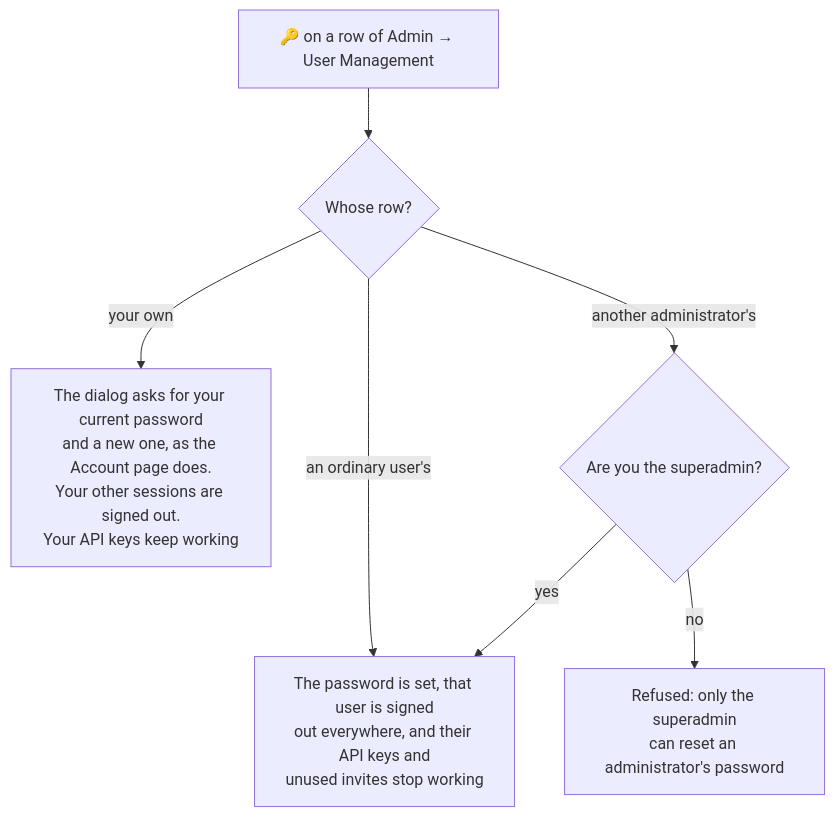
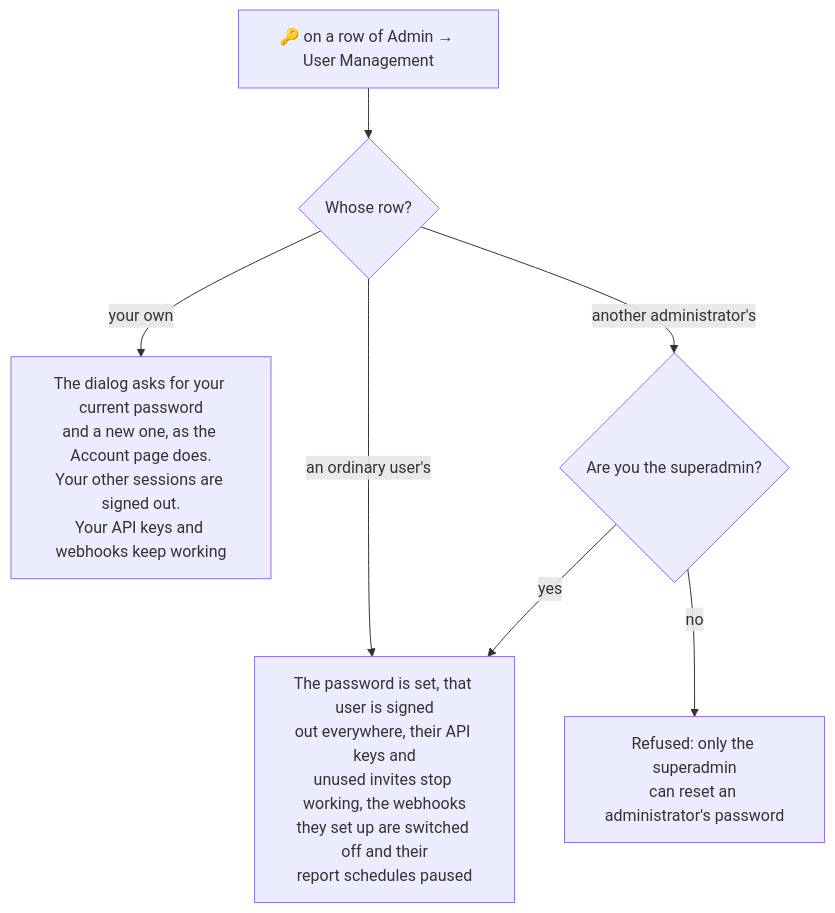
Before and after one commit to gitBoon/DumpFire: the third of 7 diagrams in docs/admin-guide.md, drawn with Mermaid. The commit also changed other lines of this file and 49 other files, not shown here.

````diff
--- a/docs/admin-guide.md
+++ b/docs/admin-guide.md
@@ -173,9 +181,9 @@
 ```mermaid
 flowchart TD
     Key["🔑 on a row of Admin → User Management"] --> Whose{"Whose row?"}
-    Whose -->|"your own"| Own["The dialog asks for your current password<br/>and a new one, as the Account page does.<br/>Your other sessions are signed out.<br/>Your API keys keep working"]
-    Whose -->|"an ordinary user's"| Set["The password is set, that user is signed<br/>out everywhere, and their API keys and<br/>unused invites stop working"]
+    Whose -->|"your own"| Own["The dialog asks for your current password<br/>and a new one, as the Account page does.<br/>Your other sessions are signed out.<br/>Your API keys and webhooks keep working"]
+    Whose -->|"an ordinary user's"| Set["The password is set, that user is signed<br/>out everywhere, their API keys and<br/>unused invites stop working, the webhooks<br/>they set up are switched off and their<br/>report schedules paused"]
     Whose -->|"another administrator's"| Super{"Are you the superadmin?"}
     Super -->|"yes"| Set
     Super -->|"no"| Refused["Refused: only the superadmin<br/>can reset an administrator's password"]
 ```
````
